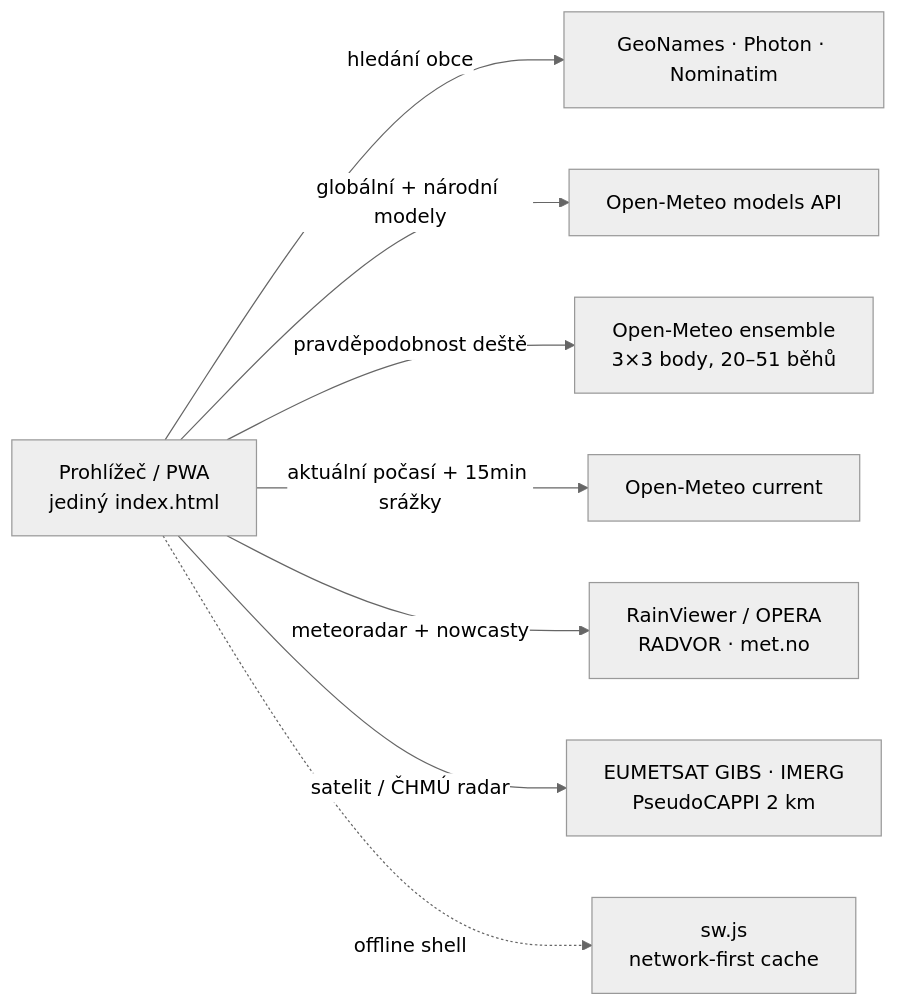
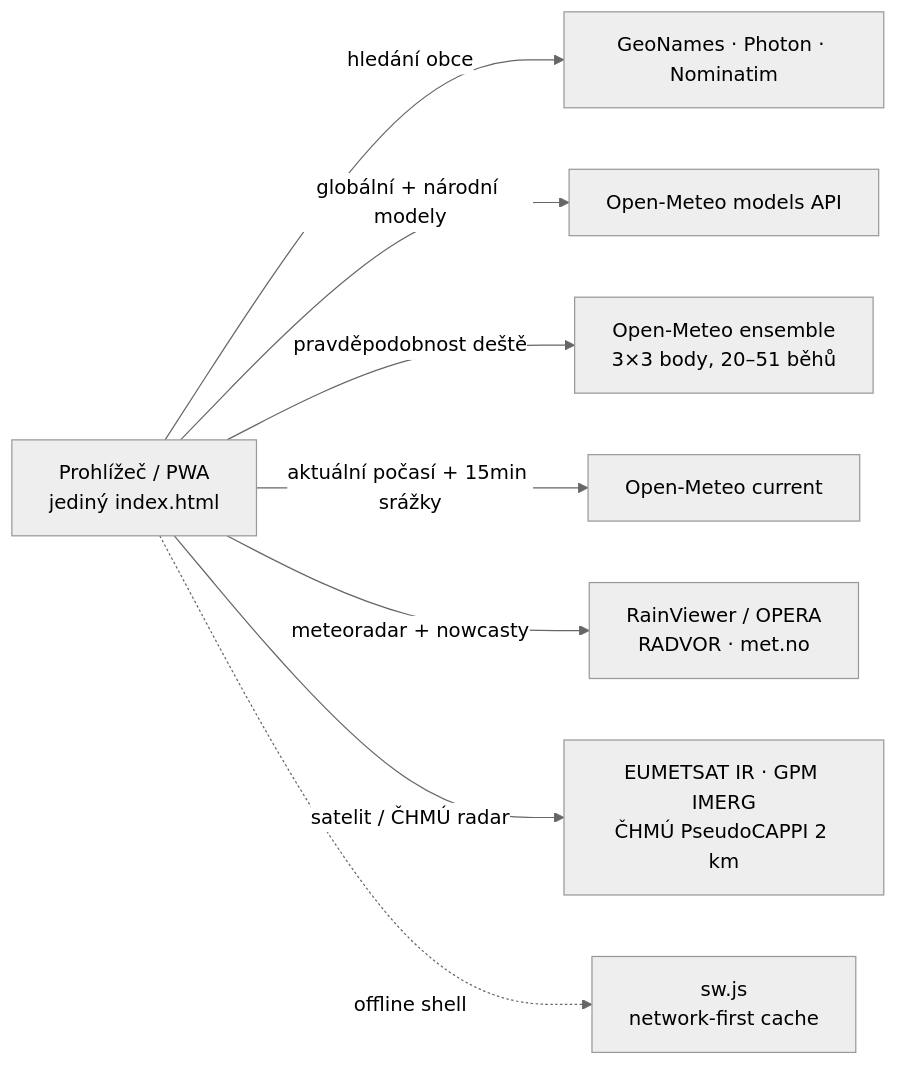
One commit to daviscoder123/bude_prset changed the diagram in README.md. Above: the diagram before and after it, drawn with Mermaid (neutral theme). The commit also changed other lines of this file and 9 other files, not shown here.

````diff
--- a/README.md
+++ b/README.md
@@ -59,10 +60,10 @@
 ```mermaid
 flowchart LR
     A["Prohlížeč / PWA<br>jediný index.html"] -->|hledání obce| G["GeoNames · Photon · Nominatim"]
     A -->|globální + národní modely| M["Open-Meteo models API"]
     A -->|pravděpodobnost deště| E["Open-Meteo ensemble<br>3×3 body, 20–51 běhů"]
     A -->|aktuální počasí + 15min srážky| C["Open-Meteo current"]
     A -->|meteoradar + nowcasty| R["RainViewer / OPERA<br>RADVOR · met.no"]
-    A -->|satelit / ČHMÚ radar| X["EUMETSAT GIBS · IMERG<br>PseudoCAPPI 2 km"]
+    A -->|satelit / ČHMÚ radar| X["EUMETSAT IR · GPM IMERG<br>ČHMÚ PseudoCAPPI 2 km"]
     A -.->|offline shell| S["sw.js<br>network-first cache"]
 ```
````
